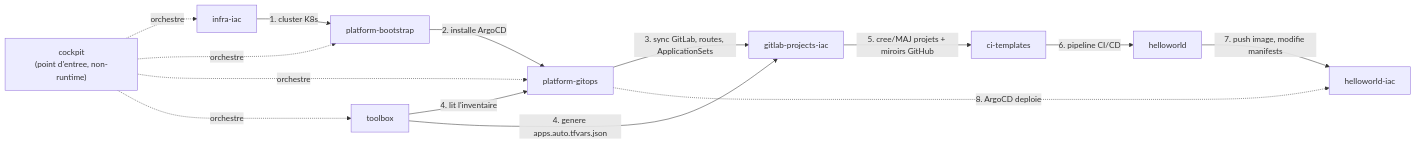
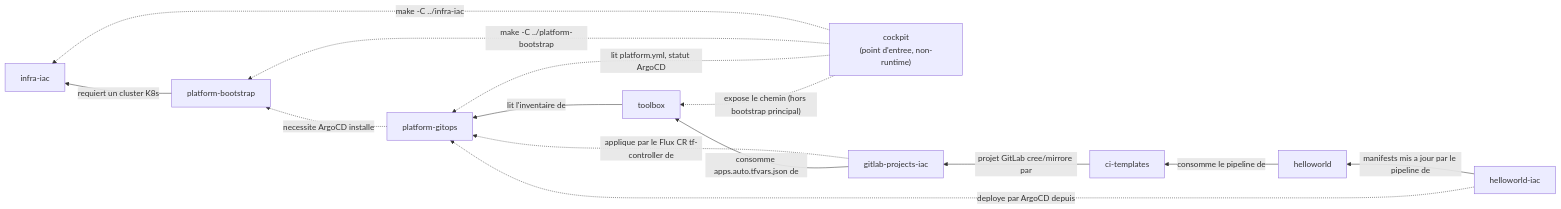
The diagram in docs/repo-map.md (k8s-gitops-lab/control-plane), drawn with Mermaid before and after one commit. The commit also changed other lines of this file, not shown here.

Commit message:
docs: corrige le sens des fleches du diagramme de dependances
Le diagramme reprenait l'ordre chronologique d'execution (A -> B = "A
s'execute avant B"), ce qui est ambigu sous le titre "dependances".
Bascule vers la convention standard des graphes de dependances
(A -> B = "A depend de B", comme npm/Maven) et documente la convention
en tete de section.

````diff
--- a/docs/repo-map.md
+++ b/docs/repo-map.md
@@ -44,28 +46,28 @@
 ```mermaid
-flowchart LR
+flowchart RL
     cockpit["cockpit\n(point d'entree, non-runtime)"]
 
     infra_iac["infra-iac"]
     platform_bootstrap["platform-bootstrap"]
     platform_gitops["platform-gitops"]
     toolbox["toolbox"]
     gitlab_projects_iac["gitlab-projects-iac"]
     ci_templates["ci-templates"]
     helloworld["helloworld"]
     helloworld_iac["helloworld-iac"]
 
-    infra_iac -->|"1. cluster K8s"| platform_bootstrap
-    platform_bootstrap -->|"2. installe ArgoCD"| platform_gitops
-    platform_gitops -->|"3. sync GitLab, routes, ApplicationSets"| gitlab_projects_iac
-    toolbox -->|"4. lit l'inventaire"| platform_gitops
-    toolbox -->|"4. genere apps.auto.tfvars.json"| gitlab_projects_iac
-    gitlab_projects_iac -->|"5. cree/MAJ projets + miroirs GitHub"| ci_templates
-    ci_templates -->|"6. pipeline CI/CD"| helloworld
-    helloworld -->|"7. push image, modifie manifests"| helloworld_iac
-    platform_gitops -.->|"8. ArgoCD deploie"| helloworld_iac
+    platform_bootstrap -->|"requiert un cluster K8s"| infra_iac
+    platform_gitops -.->|"necessite ArgoCD installe"| platform_bootstrap
+    toolbox -->|"lit l'inventaire de"| platform_gitops
+    gitlab_projects_iac -.->|"applique par le Flux CR tf-controller de"| platform_gitops
+    gitlab_projects_iac -->|"consomme apps.auto.tfvars.json de"| toolbox
+    ci_templates -->|"projet GitLab cree/mirrore par"| gitlab_projects_iac
+    helloworld -->|"consomme le pipeline de"| ci_templates
+    helloworld_iac -->|"manifests mis a jour par le pipeline de"| helloworld
+    helloworld_iac -.->|"deploye par ArgoCD depuis"| platform_gitops
 
-    cockpit -.orchestre.-> infra_iac
-    cockpit -.orchestre.-> platform_bootstrap
-    cockpit -.orchestre.-> platform_gitops
-    cockpit -.orchestre.-> toolbox
+    cockpit -.->|"make -C ../infra-iac"| infra_iac
+    cockpit -.->|"make -C ../platform-bootstrap"| platform_bootstrap
+    cockpit -.->|"lit platform.yml, statut ArgoCD"| platform_gitops
+    cockpit -.->|"expose le chemin (hors bootstrap principal)"| toolbox
 ```
````
